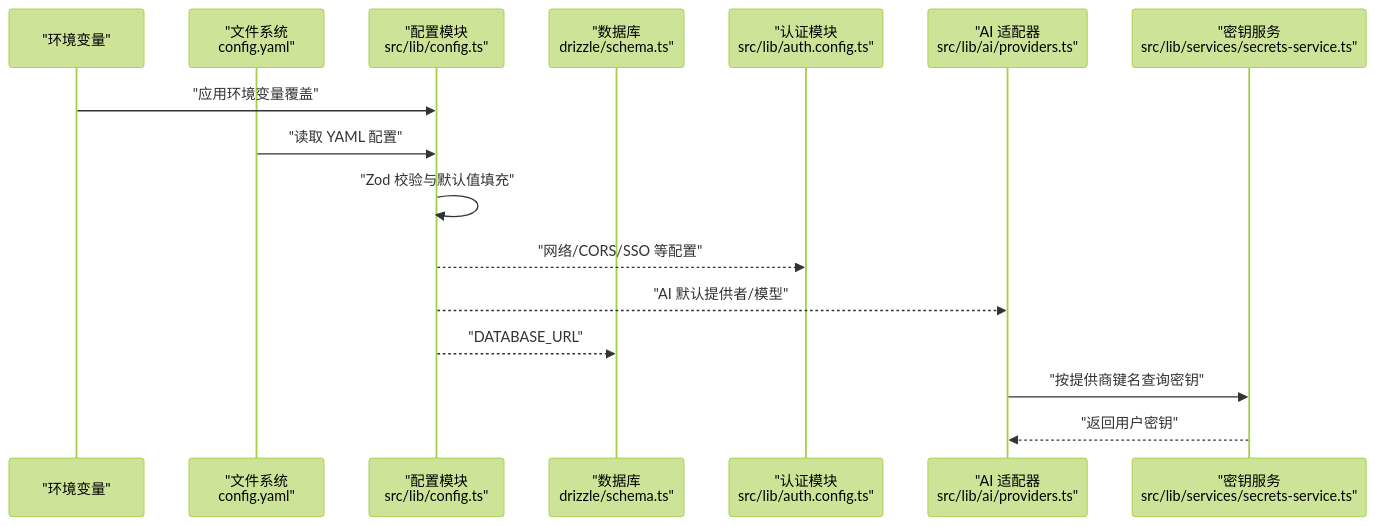
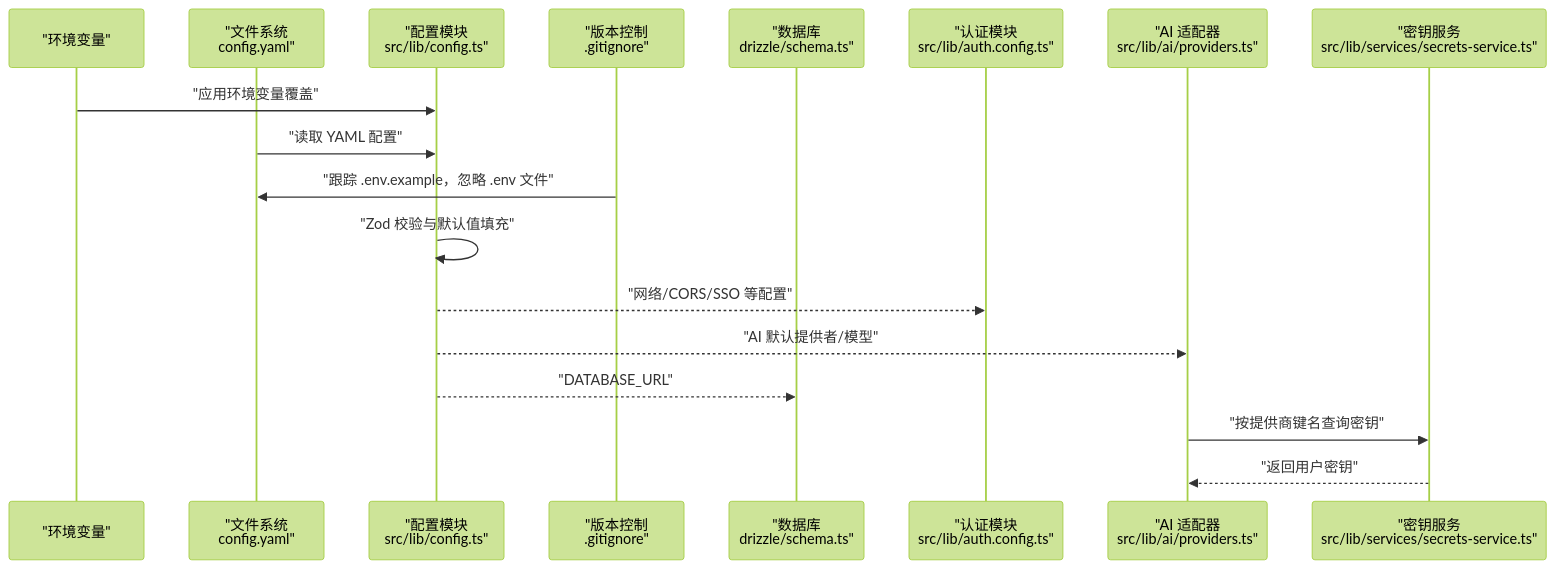
Before and after one commit to LittlebearHat/sillytavern-next: the second of 8 diagrams in .qoder/repowiki/zh/content/部署运维/环境配置管理.md, drawn with Mermaid (forest theme). The commit also changed other lines of this file and 7 other files, not shown here.

````diff
--- a/.qoder/repowiki/zh/content/部署运维/环境配置管理.md
+++ b/.qoder/repowiki/zh/content/部署运维/环境配置管理.md
@@ -132,18 +155,20 @@
 ```mermaid
 sequenceDiagram
 participant Env as "环境变量"
 participant FS as "文件系统<br/>config.yaml"
-participant Cfg as "配置模块<br/>src/lib/config.ts"
+participant CFG as "配置模块<br/>src/lib/config.ts"
+participant GIT as "版本控制<br/>.gitignore"
 participant DB as "数据库<br/>drizzle/schema.ts"
-participant Auth as "认证模块<br/>src/lib/auth.config.ts"
+participant AUTH as "认证模块<br/>src/lib/auth.config.ts"
 participant AI as "AI 适配器<br/>src/lib/ai/providers.ts"
-participant Secret as "密钥服务<br/>src/lib/services/secrets-service.ts"
-Env->>Cfg : "应用环境变量覆盖"
-FS->>Cfg : "读取 YAML 配置"
-Cfg->>Cfg : "Zod 校验与默认值填充"
-Cfg-->>Auth : "网络/CORS/SSO 等配置"
-Cfg-->>AI : "AI 默认提供者/模型"
-Cfg-->>DB : "DATABASE_URL"
-AI->>Secret : "按提供商键名查询密钥"
-Secret-->>AI : "返回用户密钥"
+participant SECRET as "密钥服务<br/>src/lib/services/secrets-service.ts"
+Env->>CFG : "应用环境变量覆盖"
+FS->>CFG : "读取 YAML 配置"
+GIT->>FS : "跟踪 .env.example，忽略 .env 文件"
+CFG->>CFG : "Zod 校验与默认值填充"
+CFG-->>AUTH : "网络/CORS/SSO 等配置"
+CFG-->>AI : "AI 默认提供者/模型"
+CFG-->>DB : "DATABASE_URL"
+AI->>SECRET : "按提供商键名查询密钥"
+SECRET-->>AI : "返回用户密钥"
 ```
````
